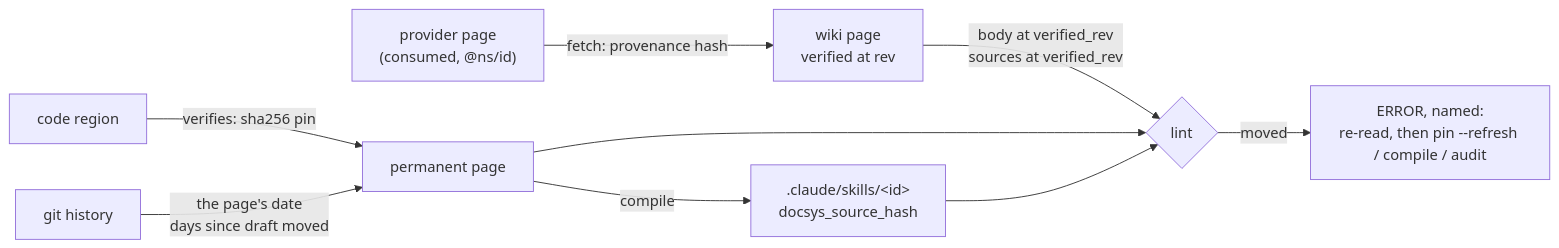
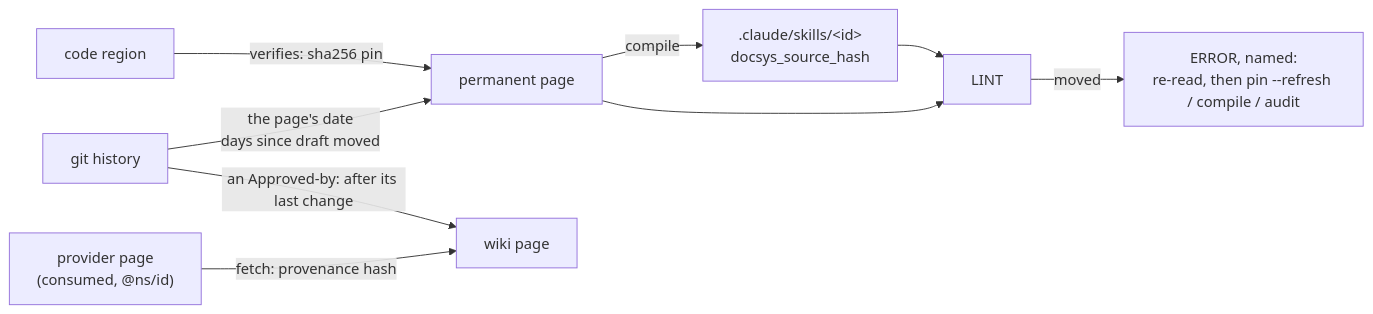
The sixth of 7 diagrams in README.md (FatihErtugral/docsys), drawn with Mermaid before and after one commit. The commit also changed other lines of this file and 10 other files, not shown here.

````diff
--- a/README.md
+++ b/README.md
@@ -250,11 +237,11 @@
 ```mermaid
 flowchart LR
     CODE["code region"] -- "verifies: sha256 pin" --> PAGE["permanent page"]
     PAGE -- "compile" --> SKILL[".claude/skills/&lt;id&gt;<br/>docsys_source_hash"]
     HIST["git history"] -- "the page's date<br/>days since draft moved" --> PAGE
-    PROV["provider page<br/>(consumed, @ns/id)"] -- "fetch: provenance hash" --> WIKI["wiki page<br/>verified at rev"]
-    WIKI -- "body at verified_rev<br/>sources at verified_rev" --> LINT{lint}
+    PROV["provider page<br/>(consumed, @ns/id)"] -- "fetch: provenance hash" --> WIKI["wiki page"]
+    HIST -- "an Approved-by: after its last change" --> WIKI
     PAGE --> LINT
     SKILL --> LINT
     LINT -- "moved" --> ERR["ERROR, named:<br/>re-read, then pin --refresh / compile / audit"]
 ```
````
